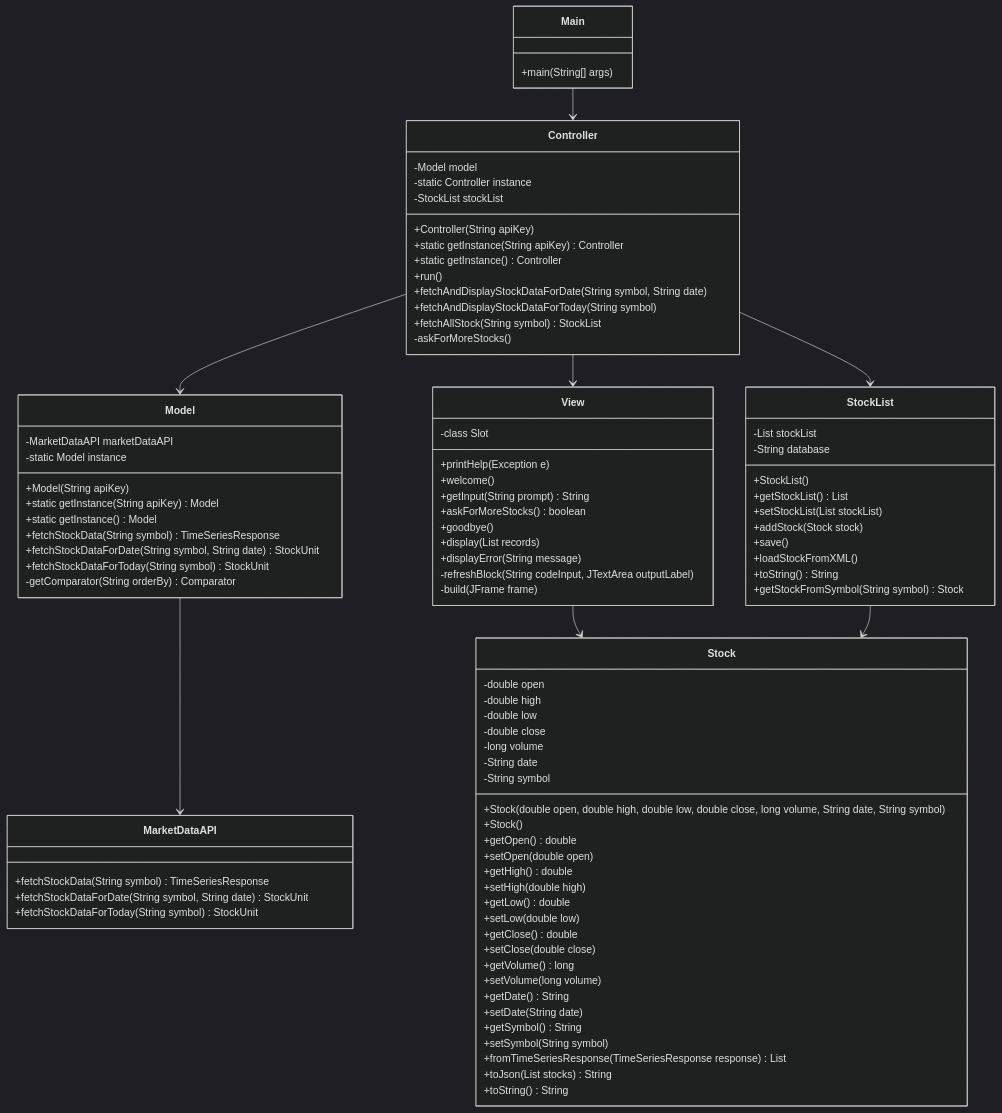
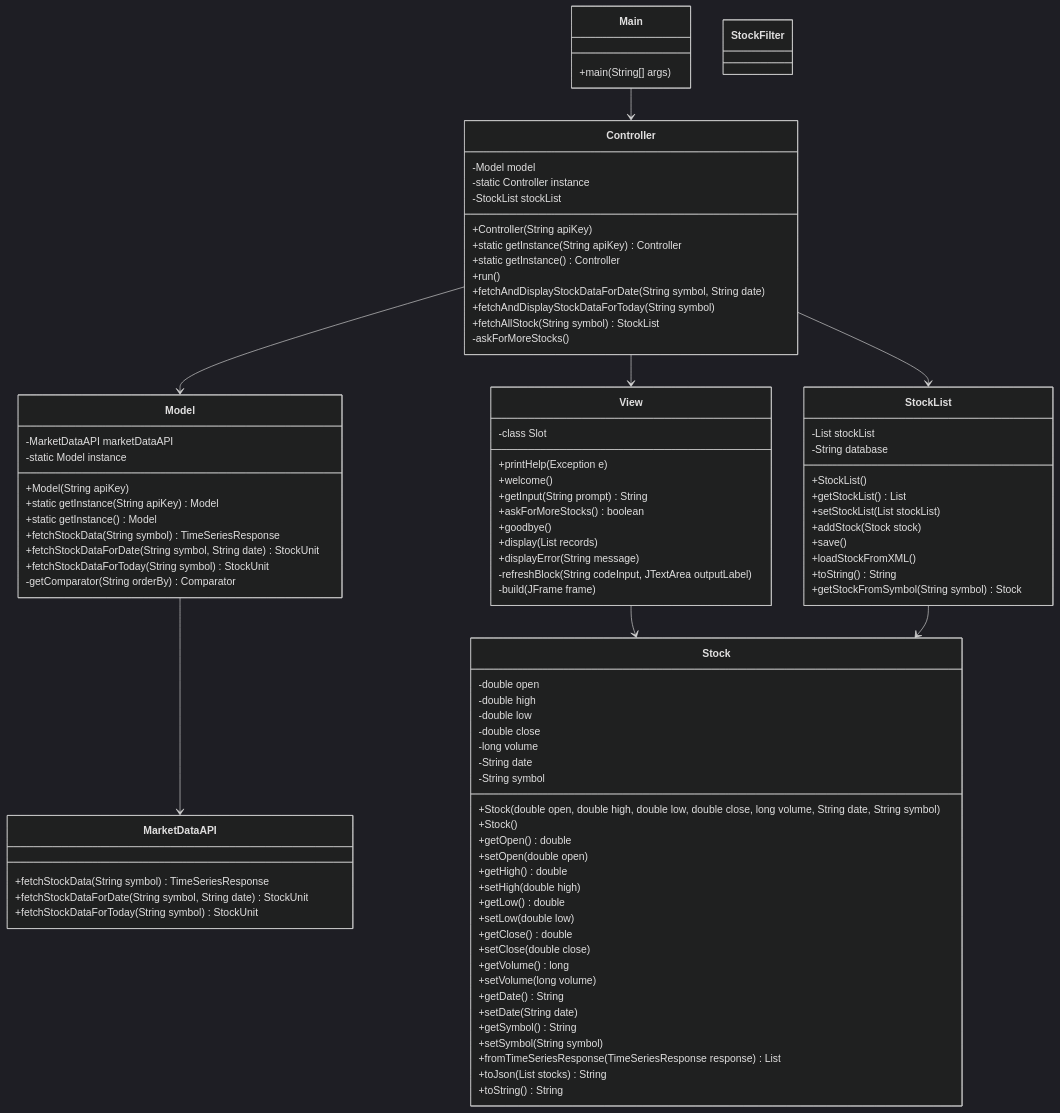
The diagram in DesignDocuments/Proposal.md (Su24-CS5004-Online-Lionelle/final-project-group-4), drawn with Mermaid (dark theme) before and after one commit.

```diff
--- a/DesignDocuments/Proposal.md
+++ b/DesignDocuments/Proposal.md
@@ -155,6 +155,9 @@
         +getStockFromSymbol(String symbol) Stock
     }
 
+    class StockFilter{
+    }
+
     Main --> Controller
     Controller --> Model
     Controller --> View
```
